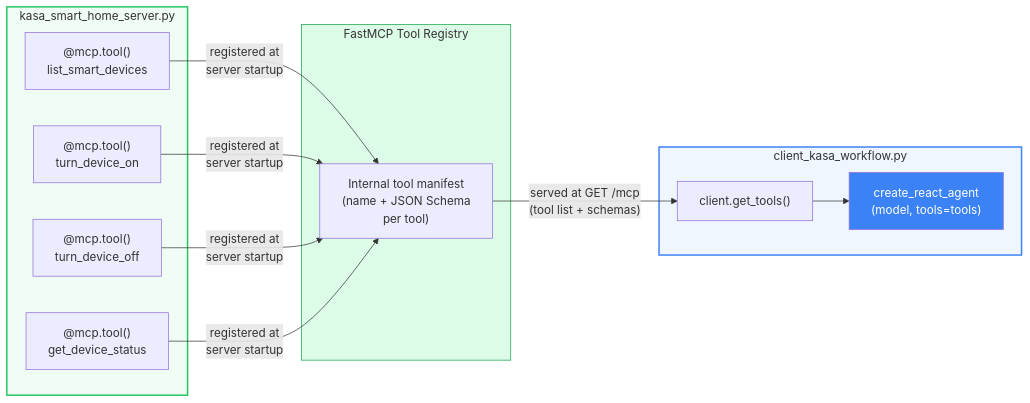
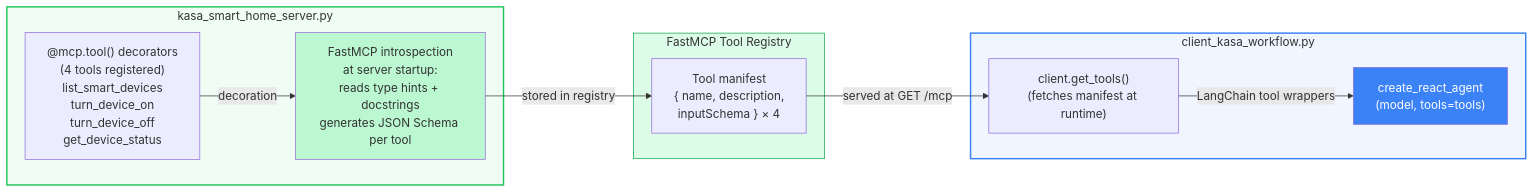
Before and after one commit to mohitagr18/ch08-model-context-protocol: the eighth of 8 diagrams in workflow/workflow.md, drawn with Mermaid. The commit also changed other lines of this file, not shown here.

Commit message:
Revise workflow.md: update 8.1a with production framing, collapse 8.4d nodes, replace 8.5 mindmap with MCP enforcement table, cut 8.4c state diagram

````diff
--- a/workflow/workflow.md
+++ b/workflow/workflow.md
@@ -319,27 +315,27 @@
 ```mermaid
 flowchart LR
     subgraph SERVER ["kasa_smart_home_server.py"]
-        D1["@mcp.tool()\nlist_smart_devices"]
-        D2["@mcp.tool()\nturn_device_on"]
-        D3["@mcp.tool()\nturn_device_off"]
-        D4["@mcp.tool()\nget_device_status"]
+        DECS["@mcp.tool() decorators\n(4 tools registered)\nlist_smart_devices\nturn_device_on\nturn_device_off\nget_device_status"]
+        INTROSPECT["FastMCP introspection\nat server startup:\nreads type hints + docstrings\ngenerates JSON Schema per tool"]
+        DECS -->|"decoration"| INTROSPECT
     end
 
     subgraph REGISTRY ["FastMCP Tool Registry"]
-        R["Internal tool manifest\n(name + JSON Schema\nper tool)"]
+        R["Tool manifest\n{ name, description,\n  inputSchema } × 4"]
     end
 
     subgraph CLIENT ["client_kasa_workflow.py"]
-        GE["client.get_tools()"]
+        GE["client.get_tools()\n(fetches manifest at runtime)"]
         AGENT["create_react_agent\n(model, tools=tools)"]
-        GE --> AGENT
+        GE -->|"LangChain tool wrappers"| AGENT
     end
 
-    D1 & D2 & D3 & D4 -->|"registered at\nserver startup"| R
-    R -->|"served at GET /mcp\n(tool list + schemas)"| GE
+    INTROSPECT -->|"stored in registry"| R
+    R -->|"served at GET /mcp"| GE
 
     style SERVER fill:#f0fdf4,stroke:#22c55e,stroke-width:2px
     style REGISTRY fill:#dcfce7,stroke:#16a34a
     style CLIENT fill:#eff6ff,stroke:#3b82f6,stroke-width:2px
     style AGENT fill:#3b82f6,color:#fff
+    style INTROSPECT fill:#bbf7d0
 ```
````
